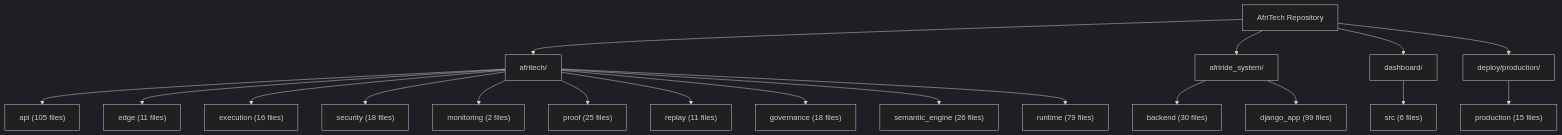
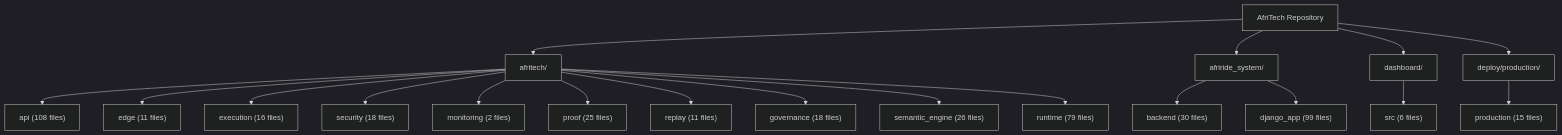
One commit to Strelly2023/afritelematics changed the second of 2 diagrams in docs/architecture/AFRITECH_FULL_ARCHITECTURE_GRAPH.md. Above: the diagram before and after it, drawn with Mermaid (dark theme). The commit also changed other lines of this file and 78 other files, not shown here.

````diff
--- a/docs/architecture/AFRITECH_FULL_ARCHITECTURE_GRAPH.md
+++ b/docs/architecture/AFRITECH_FULL_ARCHITECTURE_GRAPH.md
@@ -64,23 +64,23 @@
 ```mermaid
 flowchart TD
     Root["AfriTech Repository"] --> Core["afritech/"]
     Root --> Ride["afriride_system/"]
     Root --> Ui["dashboard/"]
     Root --> Deploy["deploy/production/"]
 
-    Core --> Api["api (105 files)"]
+    Core --> Api["api (108 files)"]
     Core --> Edge["edge (11 files)"]
     Core --> Execution["execution (16 files)"]
     Core --> Security["security (18 files)"]
     Core --> Monitoring["monitoring (2 files)"]
     Core --> Proof["proof (25 files)"]
     Core --> Replay["replay (11 files)"]
     Core --> Governance["governance (18 files)"]
     Core --> Semantic["semantic_engine (26 files)"]
     Core --> Runtime["runtime (79 files)"]
 
     Ride --> Backend["backend (30 files)"]
     Ride --> Django["django_app (99 files)"]
     Ui --> Dashboard["src (6 files)"]
     Deploy --> Production["production (15 files)"]
 ```
````
